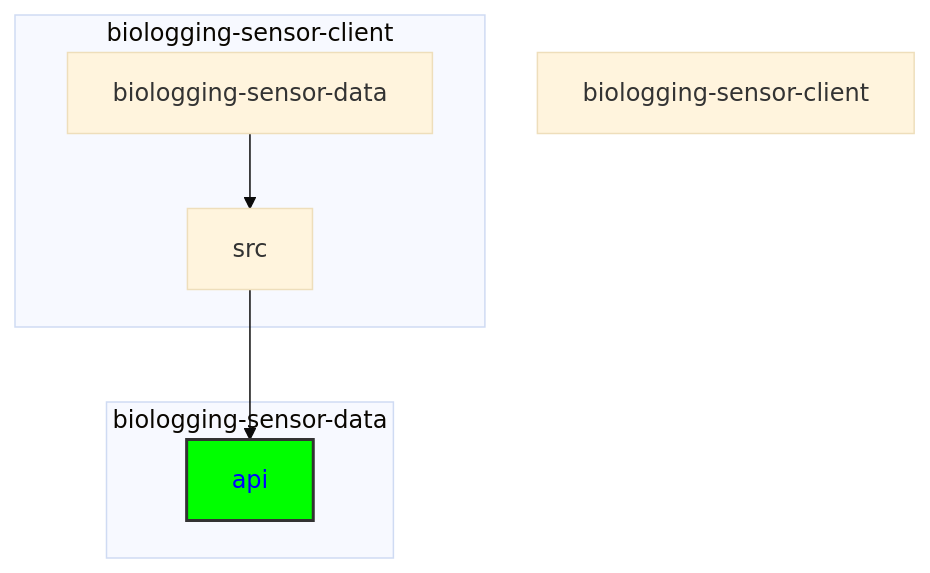
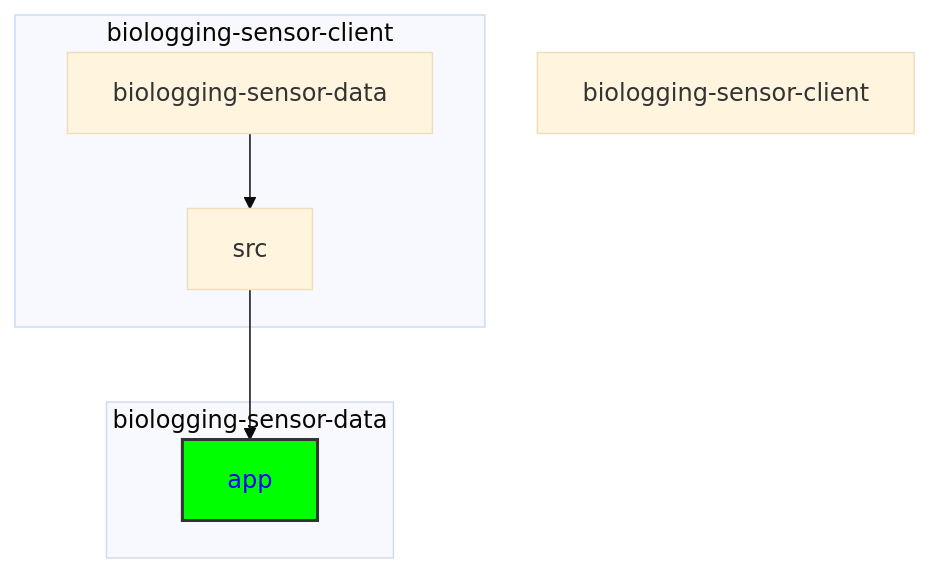
Before and after one commit to Khosiyat/Algorithms: the diagram in draft-delete.md, drawn with Mermaid (base theme). The commit also changed other lines of this file, not shown here.

````diff
--- a/draft-delete.md
+++ b/draft-delete.md
@@ -37,17 +11,17 @@
 ```mermaid
 graph TD
     A["biologging-sensor-client"] 
     B["biologging-sensor-data"]
     C["src"]
-    D["<span style='color:blue'>api</span>"]
+    D["<span style='color:blue'>app</span>"]
 
     subgraph biologging-sensor-client
         B --> C
     end
     subgraph biologging-sensor-data
         C --> D
     end
 
     style D fill:#0f0,stroke:#333,stroke-width:2px;
 
 ```
````
